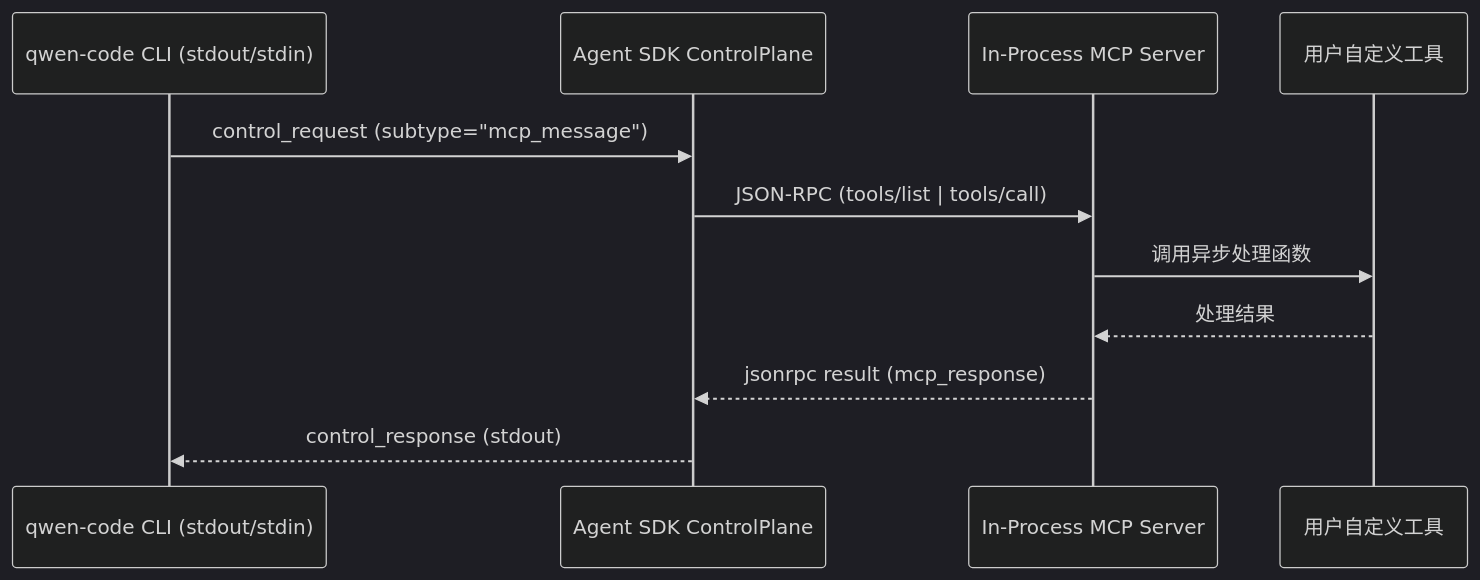
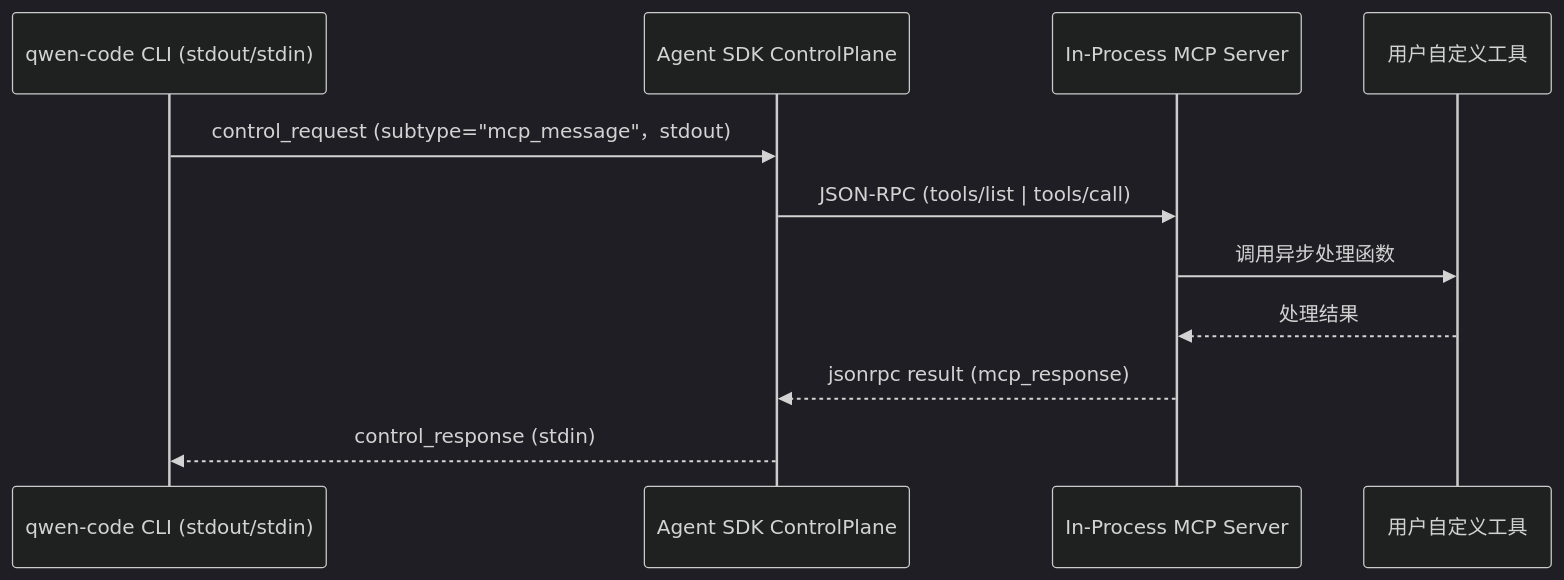
The second of 2 diagrams in docs/rfc/qwen-code-agent-framework-rfc_cn.md (x22x22/qwen-code), drawn with Mermaid (dark theme) before and after one commit. The commit also changed other lines of this file and 2 other files, not shown here.

First line of the commit message:
Refactor RFC documentation for Qwen-Code CLI output formats

````diff
--- a/docs/rfc/qwen-code-agent-framework-rfc_cn.md
+++ b/docs/rfc/qwen-code-agent-framework-rfc_cn.md
@@ -134,14 +162,14 @@
 ```mermaid
 sequenceDiagram
     participant CLI as qwen-code CLI (stdout/stdin)
     participant Control as Agent SDK ControlPlane
     participant MCP as In-Process MCP Server
     participant Tool as 用户自定义工具
 
-    CLI->>Control: control_request (subtype="mcp_message")
+    CLI->>Control: control_request (subtype="mcp_message"，stdout)
     Control->>MCP: JSON-RPC (tools/list | tools/call)
     MCP->>Tool: 调用异步处理函数
     Tool-->>MCP: 处理结果
     MCP-->>Control: jsonrpc result (mcp_response)
-    Control-->>CLI: control_response (stdout)
+    Control-->>CLI: control_response (stdin)
 ```
````
